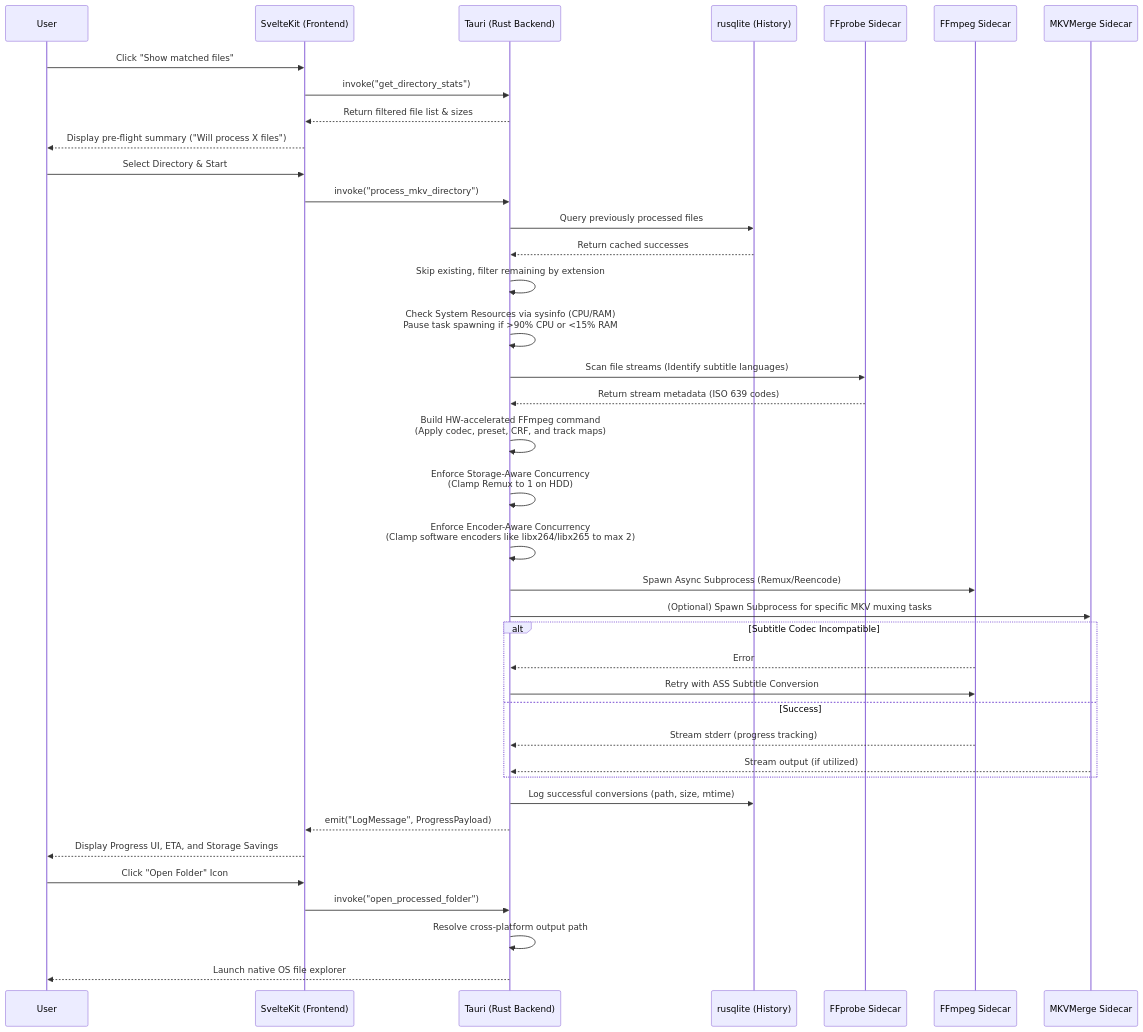
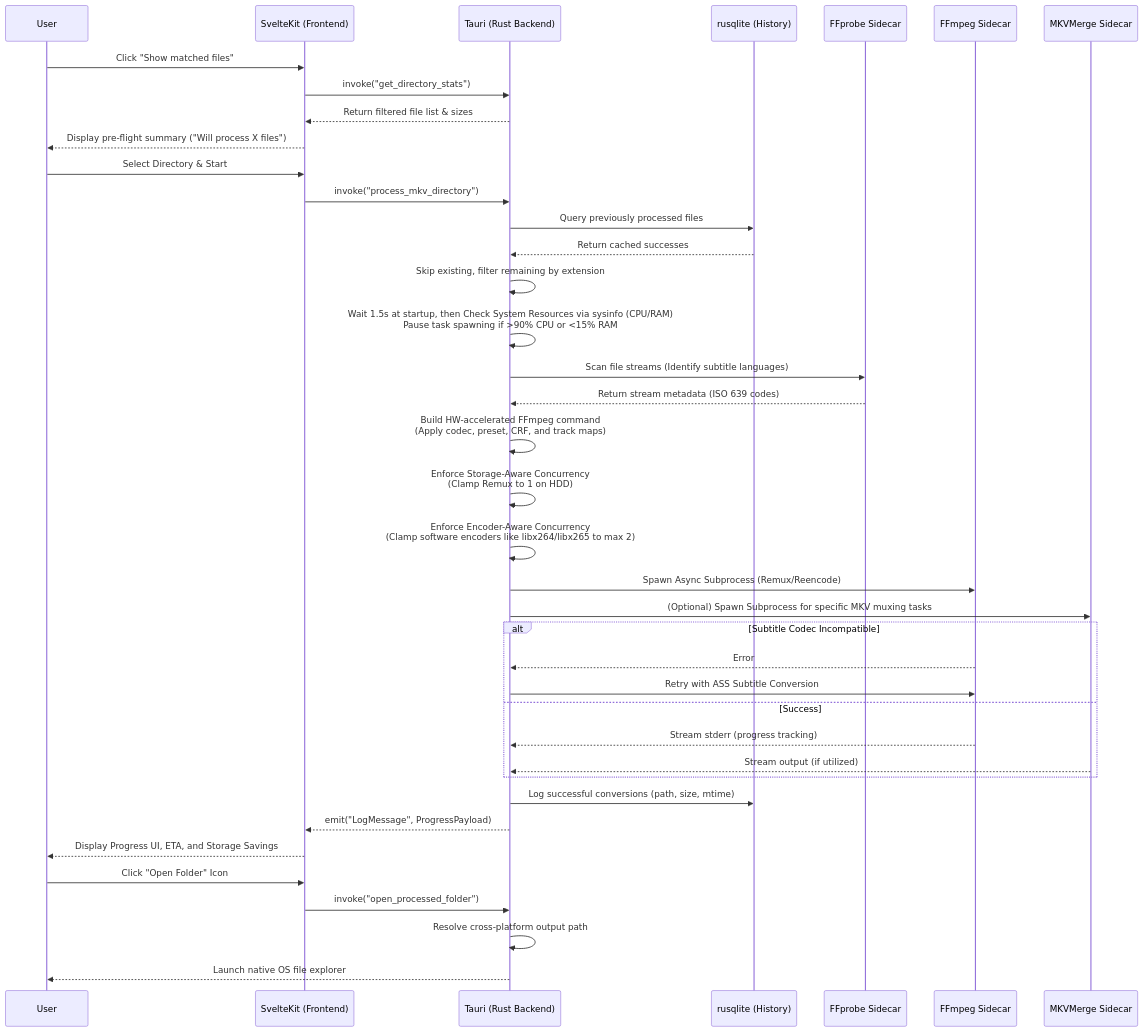
One commit to Cuates/rust changed the diagram in mkv-filter-metadata/docs/KNOWLEDGE_GRAPH.md. Above: the diagram before and after it, drawn with Mermaid. The commit also changed other lines of this file and 41 other files, not shown here.

````diff
--- a/mkv-filter-metadata/docs/KNOWLEDGE_GRAPH.md
+++ b/mkv-filter-metadata/docs/KNOWLEDGE_GRAPH.md
@@ -13,54 +13,54 @@
 ```mermaid
 sequenceDiagram
     participant User
     participant Frontend as SvelteKit (Frontend)
     participant Backend as Tauri (Rust Backend)
     participant SQLite as rusqlite (History)
     participant FFprobe as FFprobe Sidecar
     participant FFmpeg as FFmpeg Sidecar
     participant MKVMerge as MKVMerge Sidecar
 
     %% Pre-flight Phase
     User->>Frontend: Click "Show matched files"
     Frontend->>Backend: invoke("get_directory_stats")
     Backend-->>Frontend: Return filtered file list & sizes
     Frontend-->>User: Display pre-flight summary ("Will process X files")
 
     User->>Frontend: Select Directory & Start
     Frontend->>Backend: invoke("process_mkv_directory")
     
     %% Idempotent Checks
     Backend->>SQLite: Query previously processed files
     SQLite-->>Backend: Return cached successes
     Backend->>Backend: Skip existing, filter remaining by extension
     
     %% Processing Phase
-    Backend->>Backend: Check System Resources via sysinfo (CPU/RAM)<br/>Pause task spawning if >90% CPU or <15% RAM
+    Backend->>Backend: Wait 1.5s at startup, then Check System Resources via sysinfo (CPU/RAM)<br/>Pause task spawning if >90% CPU or <15% RAM
     Backend->>FFprobe: Scan file streams (Identify subtitle languages)
     FFprobe-->>Backend: Return stream metadata (ISO 639 codes)
     Backend->>Backend: Build HW-accelerated FFmpeg command<br/>(Apply codec, preset, CRF, and track maps)
     Backend->>Backend: Enforce Storage-Aware Concurrency<br/>(Clamp Remux to 1 on HDD)
     Backend->>Backend: Enforce Encoder-Aware Concurrency<br/>(Clamp software encoders like libx264/libx265 to max 2)
     Backend->>FFmpeg: Spawn Async Subprocess (Remux/Reencode)
     Backend->>MKVMerge: (Optional) Spawn Subprocess for specific MKV muxing tasks
     
     %% Fallback & Progress
     alt Subtitle Codec Incompatible
         FFmpeg-->>Backend: Error
         Backend->>FFmpeg: Retry with ASS Subtitle Conversion
     else Success
         FFmpeg-->>Backend: Stream stderr (progress tracking)
         MKVMerge-->>Backend: Stream output (if utilized)
     end
     
     %% Completion
     Backend->>SQLite: Log successful conversions (path, size, mtime)
     Backend-->>Frontend: emit("LogMessage", ProgressPayload)
     Frontend-->>User: Display Progress UI, ETA, and Storage Savings
     
     %% Post-Processing
     User->>Frontend: Click "Open Folder" Icon
     Frontend->>Backend: invoke("open_processed_folder")
     Backend->>Backend: Resolve cross-platform output path
     Backend-->>User: Launch native OS file explorer
 ```
````
